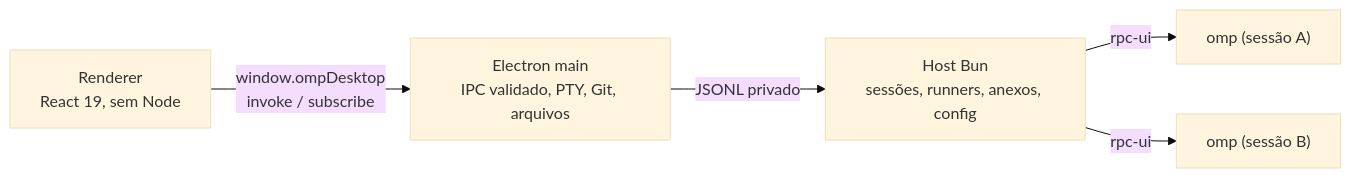
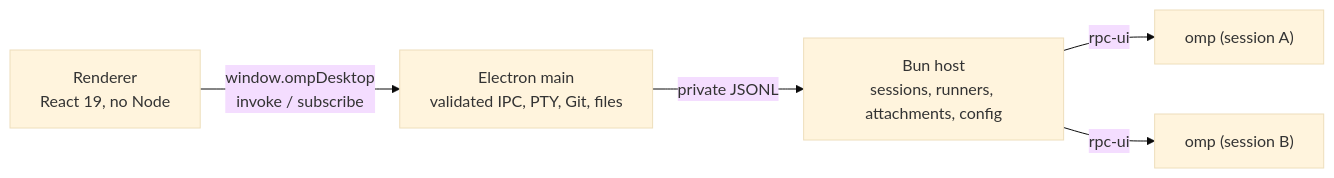
The diagram in README.md (ricarossetto/omp-desktop), drawn with Mermaid (base theme) before and after one commit. The commit also changed other lines of this file and 53 other files, not shown here.

Commit message:
Adiciona instalação assistida de OMP, Git e Node e documentação trilíngue

````diff
--- a/README.md
+++ b/README.md
@@ -256,7 +304,7 @@
 ```mermaid
 flowchart LR
-  R["Renderer<br/>React 19, sem Node"] -- "window.ompDesktop<br/>invoke / subscribe" --> M["Electron main<br/>IPC validado, PTY, Git, arquivos"]
-  M -- "JSONL privado" --> H["Host Bun<br/>sessões, runners, anexos, config"]
-  H -- "rpc-ui" --> O1["omp (sessão A)"]
-  H -- "rpc-ui" --> O2["omp (sessão B)"]
+  R["Renderer<br/>React 19, no Node"] -- "window.ompDesktop<br/>invoke / subscribe" --> M["Electron main<br/>validated IPC, PTY, Git, files"]
+  M -- "private JSONL" --> H["Bun host<br/>sessions, runners, attachments, config"]
+  H -- "rpc-ui" --> O1["omp (session A)"]
+  H -- "rpc-ui" --> O2["omp (session B)"]
 ```
````
